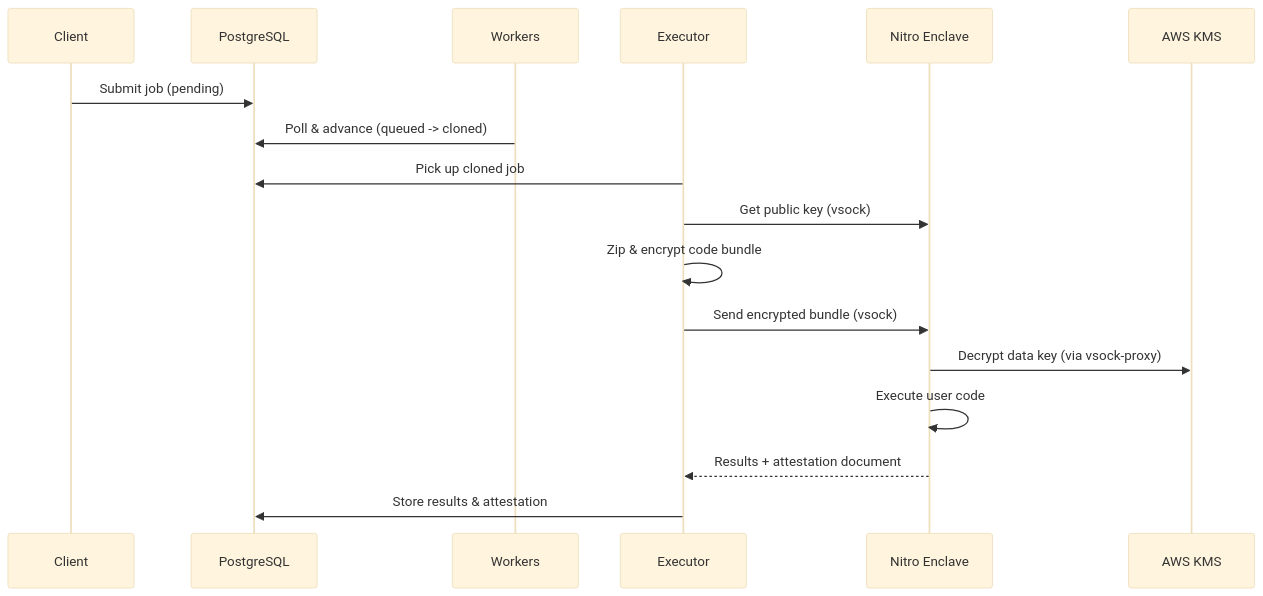
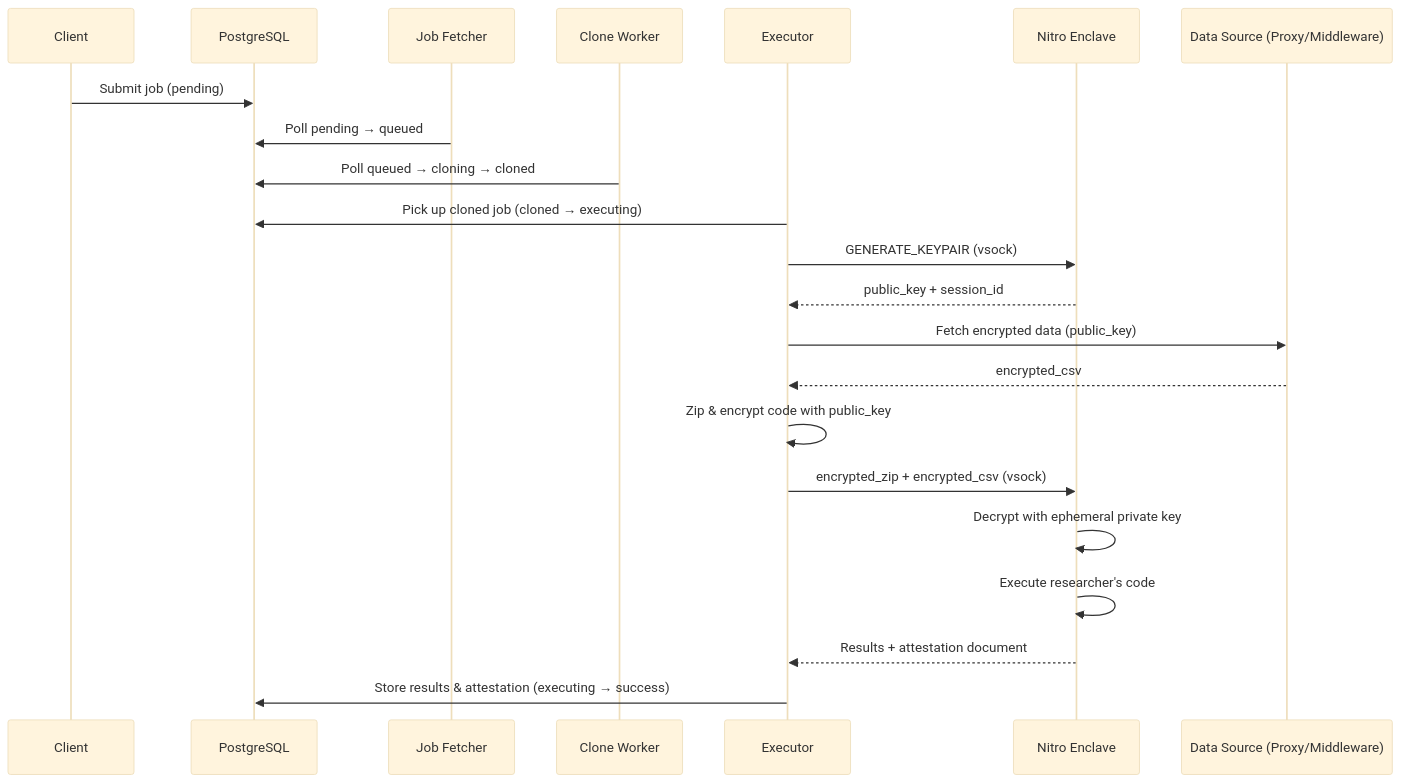
Before and after one commit to Epsilon-Data/coordinator: the fifth of 5 diagrams in README.md, drawn with Mermaid (base theme). The commit also changed other lines of this file, not shown here.

Commit message:
docs: fix architecture diagram, data flow, encryption model, and LLM reference

````diff
--- a/README.md
+++ b/README.md
@@ -171,20 +375,25 @@
 ```mermaid
 sequenceDiagram
     participant Client
     participant DB as PostgreSQL
-    participant Workers as Workers
+    participant Fetcher as Job Fetcher
+    participant Clone as Clone Worker
     participant Executor
     participant Enclave as Nitro Enclave
-    participant KMS as AWS KMS
+    participant Data as Data Source (Proxy/Middleware)
 
     Client->>DB: Submit job (pending)
-    Workers->>DB: Poll & advance (queued -> cloned)
-    Executor->>DB: Pick up cloned job
-    Executor->>Enclave: Get public key (vsock)
-    Executor->>Executor: Zip & encrypt code bundle
-    Executor->>Enclave: Send encrypted bundle (vsock)
-    Enclave->>KMS: Decrypt data key (via vsock-proxy)
-    Enclave->>Enclave: Execute user code
+    Fetcher->>DB: Poll pending → queued
+    Clone->>DB: Poll queued → cloning → cloned
+    Executor->>DB: Pick up cloned job (cloned → executing)
+    Executor->>Enclave: GENERATE_KEYPAIR (vsock)
+    Enclave-->>Executor: public_key + session_id
+    Executor->>Data: Fetch encrypted data (public_key)
+    Data-->>Executor: encrypted_csv
+    Executor->>Executor: Zip & encrypt code with public_key
+    Executor->>Enclave: encrypted_zip + encrypted_csv (vsock)
+    Enclave->>Enclave: Decrypt with ephemeral private key
+    Enclave->>Enclave: Execute researcher's code
     Enclave-->>Executor: Results + attestation document
-    Executor->>DB: Store results & attestation
+    Executor->>DB: Store results & attestation (executing → success)
 ```
````
